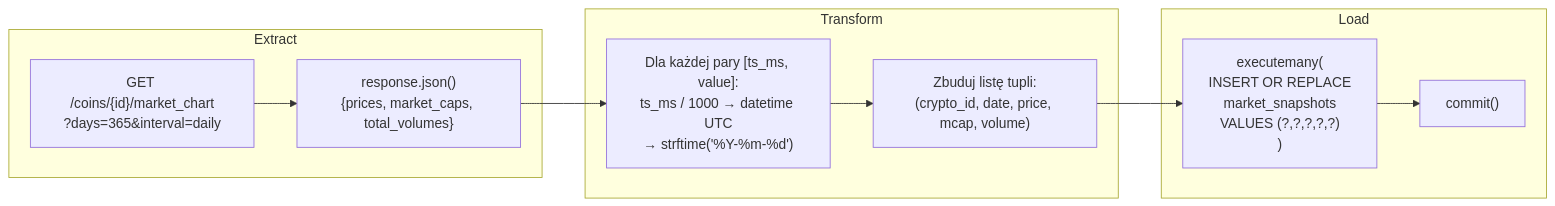
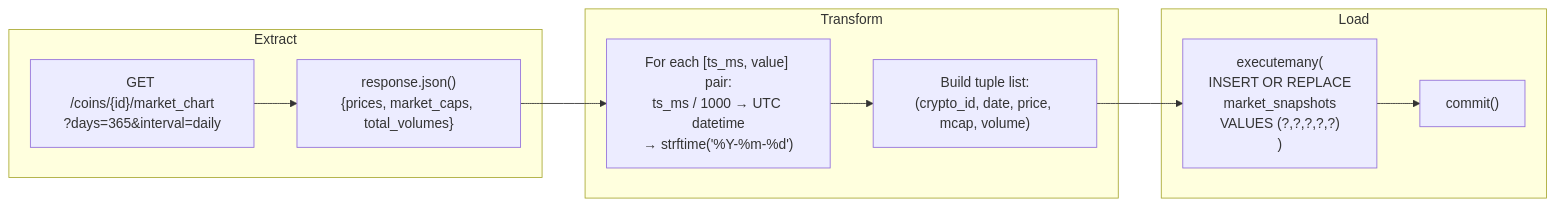
The fifth of 8 diagrams in .docs/diagrams.md (midusza04/coingeko_project), drawn with Mermaid before and after one commit. The commit also changed other lines of this file and 12 other files, not shown here.

````diff
--- a/.docs/diagrams.md
+++ b/.docs/diagrams.md
@@ -158,20 +158,20 @@
 ```mermaid
 flowchart LR
     subgraph E["Extract"]
         E1["GET /coins/{id}/market_chart\n?days=365&interval=daily"]
         E2["response.json()\n{prices, market_caps, total_volumes}"]
         E1 --> E2
     end
 
     subgraph T["Transform"]
-        T1["Dla każdej pary [ts_ms, value]:\nts_ms / 1000 → datetime UTC\n→ strftime('%Y-%m-%d')"]
-        T2["Zbuduj listę tupli:\n(crypto_id, date, price, mcap, volume)"]
+        T1["For each [ts_ms, value] pair:\nts_ms / 1000 → UTC datetime\n→ strftime('%Y-%m-%d')"]
+        T2["Build tuple list:\n(crypto_id, date, price, mcap, volume)"]
         E2 --> T1 --> T2
     end
 
     subgraph L["Load"]
         L1["executemany(\nINSERT OR REPLACE\nmarket_snapshots\nVALUES (?,?,?,?,?)\n)"]
         L2["commit()"]
         T2 --> L1 --> L2
     end
 ```
````
